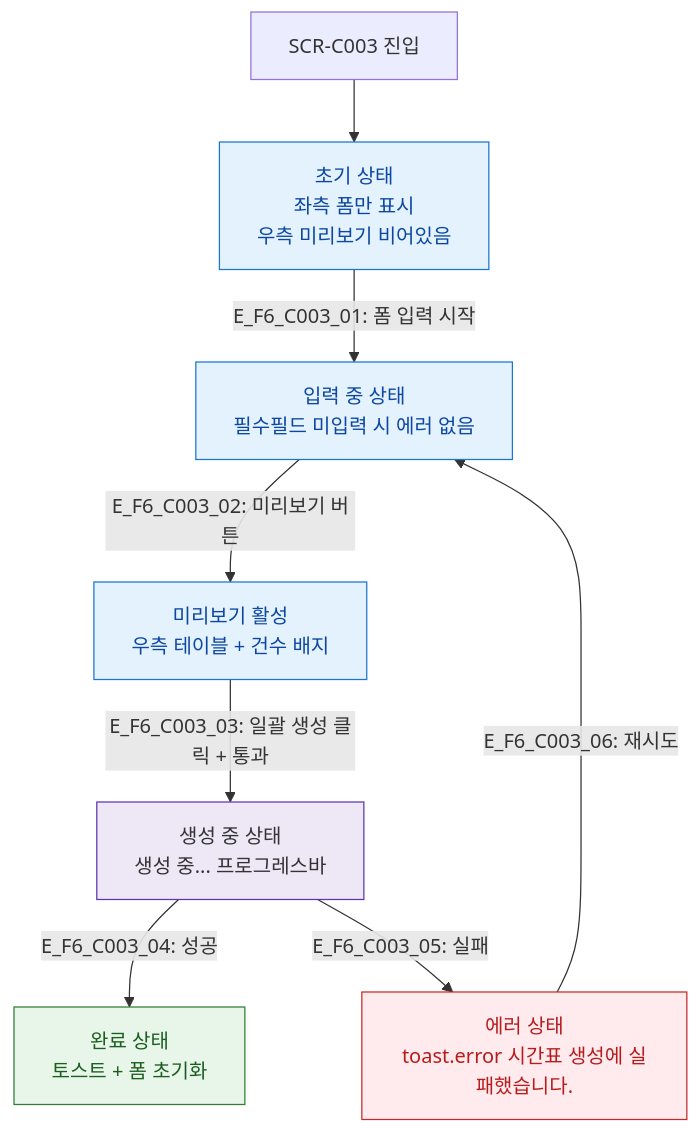
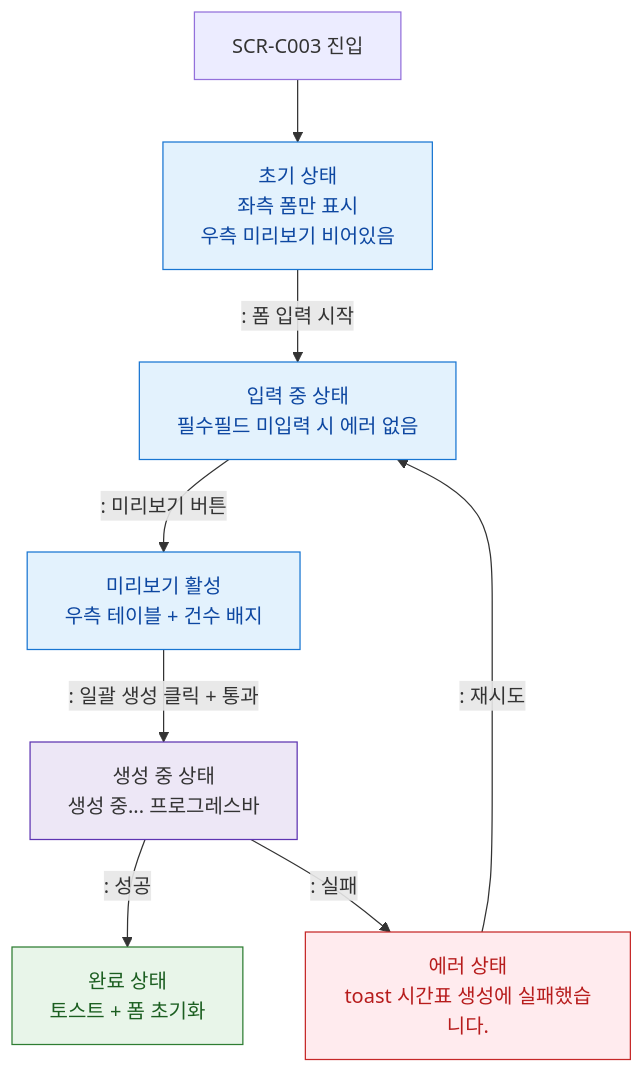
The diagram in docs/다이어그램/D04_수업관리/SCR-C003_시간표일괄등록/F6_상태별.md (dev-spogym/admin-pando), drawn with Mermaid before and after one commit. The commit also changed other lines of this file and 1660 other files, not shown here.

First line of the commit message:
다이어그램: 기획자/클라이언트 납품본으로 정리

````diff
--- a/docs/다이어그램/D04_수업관리/SCR-C003_시간표일괄등록/F6_상태별.md
+++ b/docs/다이어그램/D04_수업관리/SCR-C003_시간표일괄등록/F6_상태별.md
@@ -20,20 +18,20 @@
 ```mermaid
 flowchart TD
   Enter[SCR-C003 진입] --> InitState[초기 상태\n좌측 폼만 표시\n우측 미리보기 비어있음]
-  InitState -->|"E_F6_C003_01: 폼 입력 시작"| Inputting[입력 중 상태\n필수필드 미입력 시 에러 없음]
-  Inputting -->|"E_F6_C003_02: 미리보기 버튼"| PreviewActive[미리보기 활성\n우측 테이블 + 건수 배지]
-  PreviewActive -->|"E_F6_C003_03: 일괄 생성 클릭 + 통과"| Generating[생성 중 상태\n생성 중... 프로그레스바]
-  Generating -->|"E_F6_C003_04: 성공"| DoneState[완료 상태\n토스트 + 폼 초기화]
-  Generating -->|"E_F6_C003_05: 실패"| ErrState[에러 상태\ntoast.error 시간표 생성에 실패했습니다.]
-  ErrState -->|"E_F6_C003_06: 재시도"| Inputting
+  InitState -->|": 폼 입력 시작"|Inputting[입력 중 상태\n필수필드 미입력 시 에러 없음]
+  Inputting -->|": 미리보기 버튼"|PreviewActive[미리보기 활성\n우측 테이블 + 건수 배지]
+  PreviewActive -->|": 일괄 생성 클릭 + 통과"|Generating[생성 중 상태\n생성 중... 프로그레스바]
+  Generating -->|": 성공"|DoneState[완료 상태\n토스트 + 폼 초기화]
+  Generating -->|": 실패"|ErrState[에러 상태\ntoast 시간표 생성에 실패했습니다.]
+  ErrState -->|": 재시도"|Inputting
 
   classDef screen fill:#E3F2FD,stroke:#1976D2,color:#0D47A1
   classDef system fill:#EDE7F6,stroke:#5E35B2
   classDef success fill:#E8F5E9,stroke:#2E7D32,color:#1B5E20
   classDef error fill:#FFEBEE,stroke:#C62828,color:#B71C1C
   classDef info fill:#E0F7FA,stroke:#00838F
   class InitState,Inputting,PreviewActive screen
   class Generating system
   class DoneState success
   class ErrState error
 ```
````
